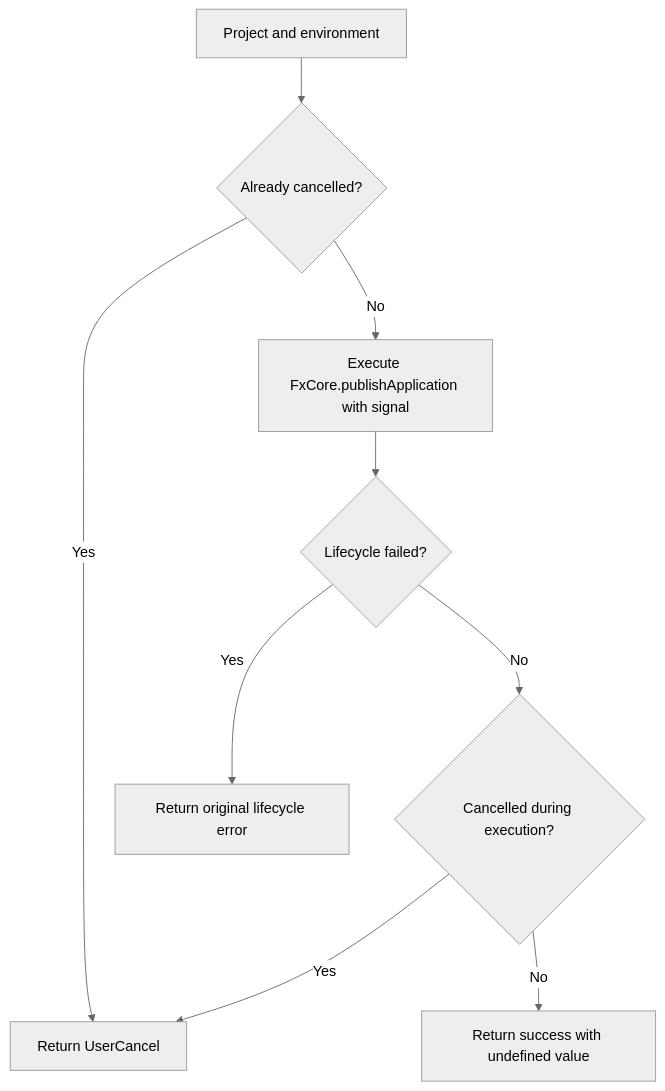
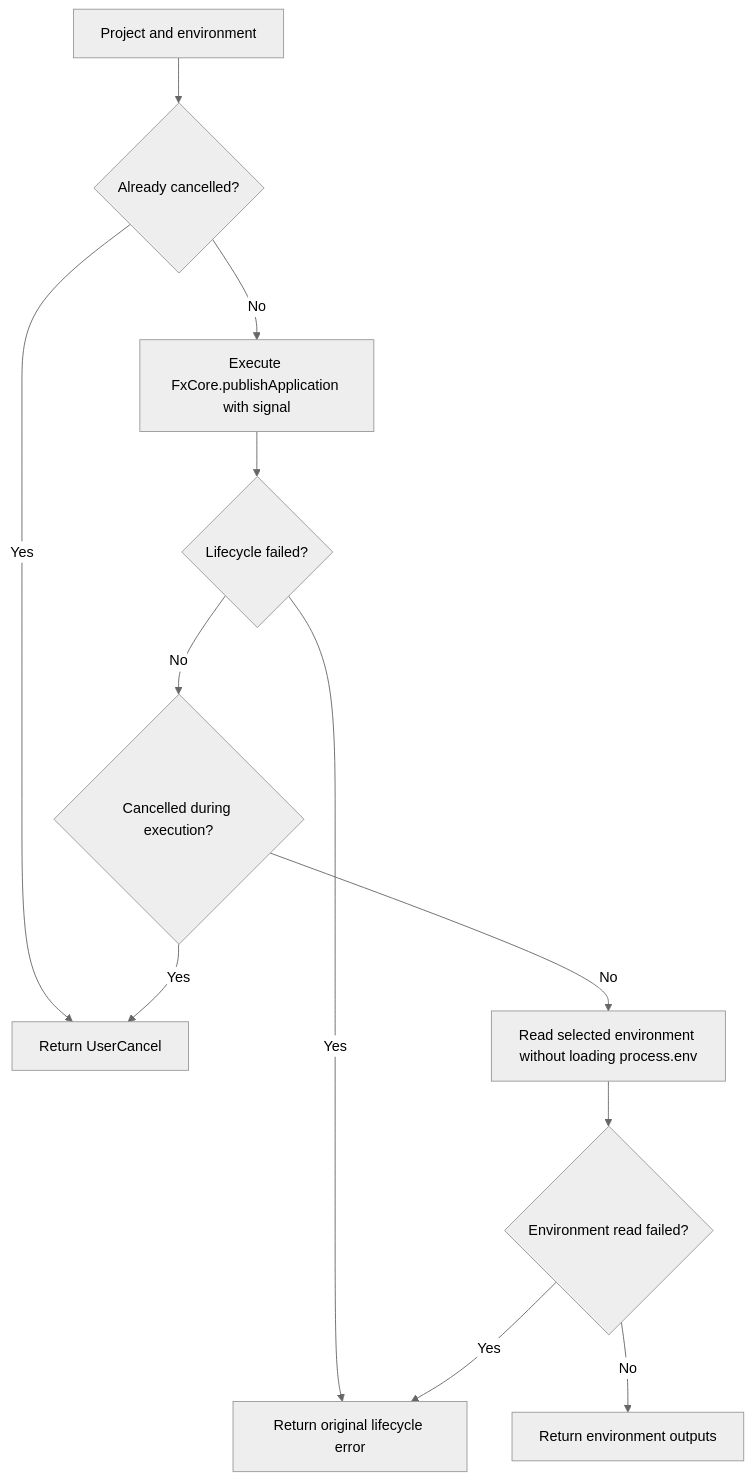
One commit to OfficeDev/microsoft-365-agents-toolkit changed the diagram in docs/03-specs/operations/lifecycle/publish-client.md. Above: the diagram before and after it, drawn with Mermaid (neutral theme). The commit also changed other lines of this file and 3 other files, not shown here.

First line of the commit message:
fix(fx-core): return publishing environment outputs

````diff
--- a/docs/03-specs/operations/lifecycle/publish-client.md
+++ b/docs/03-specs/operations/lifecycle/publish-client.md
@@ -20,11 +23,14 @@
 ```mermaid
 flowchart TD
   Input[Project and environment] --> Cancelled{Already cancelled?}
   Cancelled -->|Yes| Cancel[Return UserCancel]
   Cancelled -->|No| Lifecycle[Execute FxCore.publishApplication with signal]
   Lifecycle --> Error{Lifecycle failed?}
   Error -->|Yes| Failure[Return original lifecycle error]
   Error -->|No| After{Cancelled during execution?}
   After -->|Yes| Cancel
-  After -->|No| Success[Return success with undefined value]
+  After -->|No| Read[Read selected environment without loading process.env]
+  Read --> ReadError{Environment read failed?}
+  ReadError -->|Yes| Failure
+  ReadError -->|No| Success[Return environment outputs]
 ```
````
